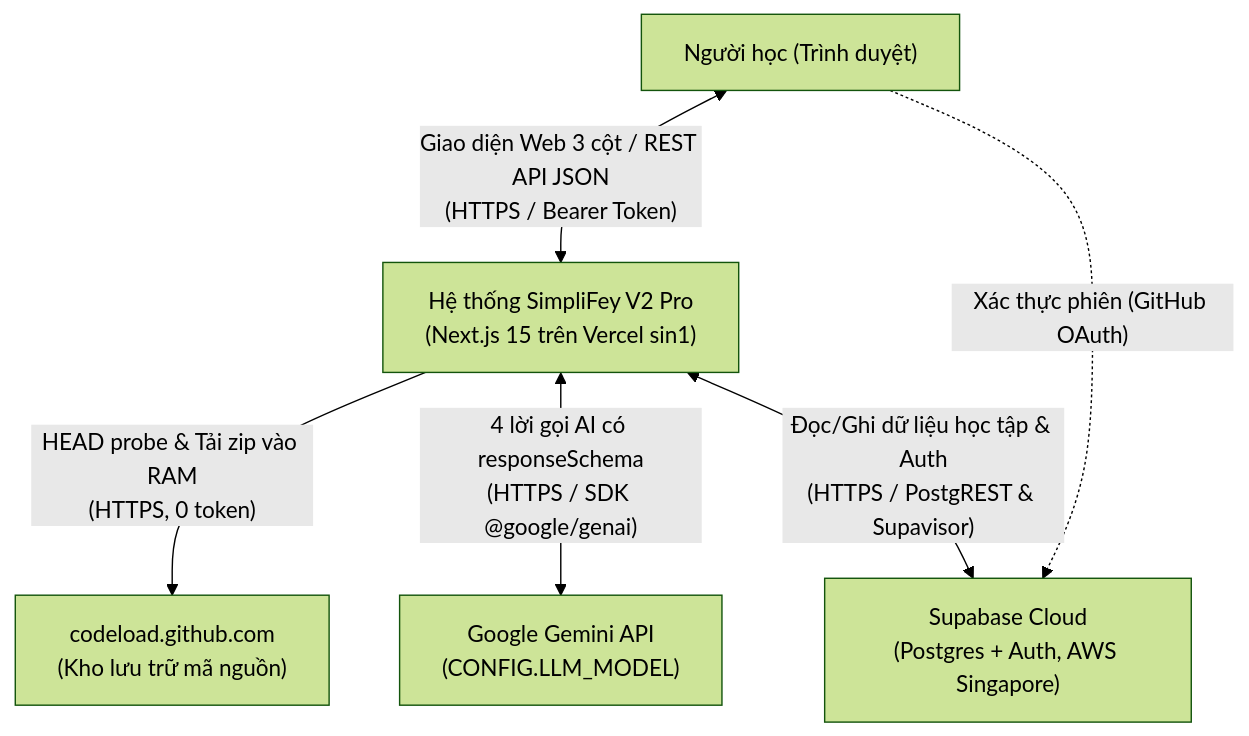
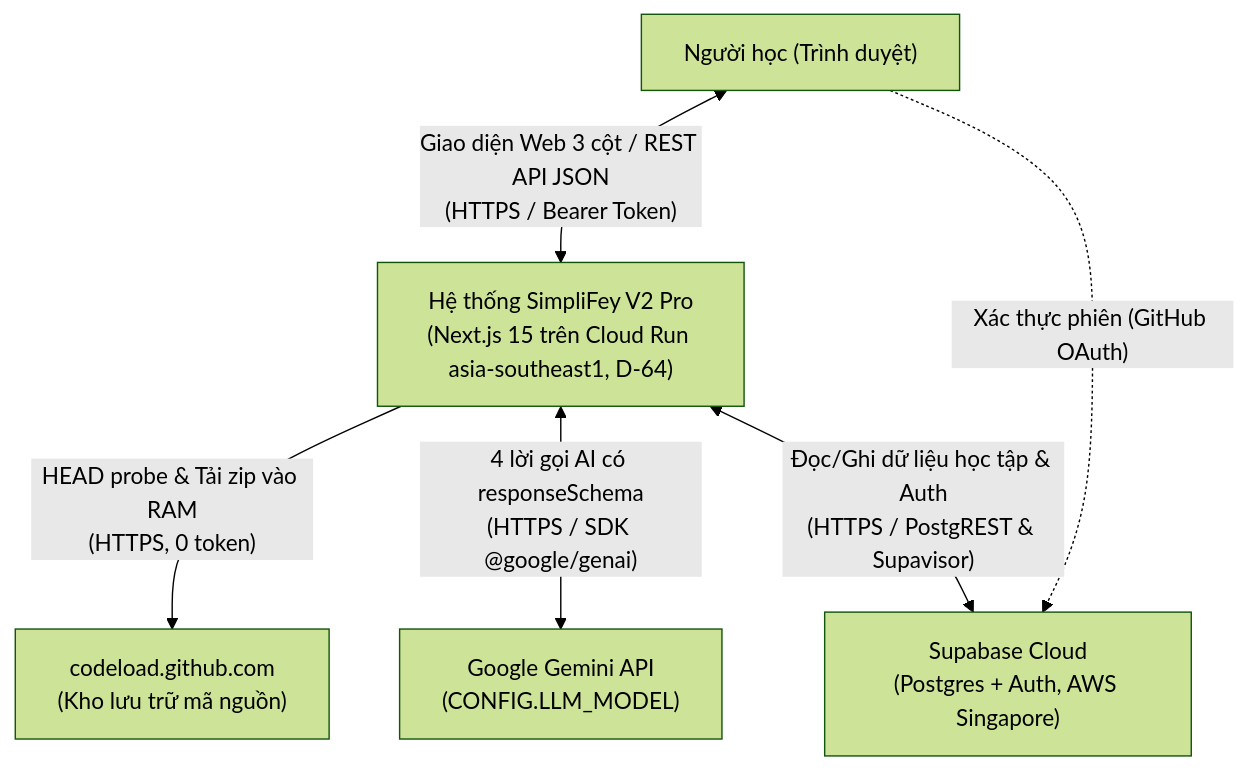
Before and after one commit to huynhthanhnhannnh-pixel/Hackathon_SGU: the first of 7 diagrams in spec/04_KIEN_TRUC_TRIEN_KHAI.md, drawn with Mermaid (forest theme). The commit also changed other lines of this file and 12 other files, not shown here.

Commit message:
docs(spec): D-64, D-66 — Cloud Run làm host chính, Vertex AI, thêm spec/05 hạ tầng cloud

````diff
--- a/spec/04_KIEN_TRUC_TRIEN_KHAI.md
+++ b/spec/04_KIEN_TRUC_TRIEN_KHAI.md
@@ -28,14 +28,14 @@
 ```mermaid
 flowchart TD
     User["Người học (Trình duyệt)"]
-    System["Hệ thống SimpliFey V2 Pro<br/>(Next.js 15 trên Vercel sin1)"]
+    System["Hệ thống SimpliFey V2 Pro<br/>(Next.js 15 trên Cloud Run asia-southeast1, D-64)"]
     GH["codeload.github.com<br/>(Kho lưu trữ mã nguồn)"]
     Gemini["Google Gemini API<br/>(CONFIG.LLM_MODEL)"]
     Supabase["Supabase Cloud<br/>(Postgres + Auth, AWS Singapore)"]
 
     User <-- "Giao diện Web 3 cột / REST API JSON<br/>(HTTPS / Bearer Token)" --> System
     System -- "HEAD probe & Tải zip vào RAM<br/>(HTTPS, 0 token)" --> GH
     System <-- "4 lời gọi AI có responseSchema<br/>(HTTPS / SDK @google/genai)" --> Gemini
     System <-- "Đọc/Ghi dữ liệu học tập & Auth<br/>(HTTPS / PostgREST & Supavisor)" --> Supabase
     User -. "Xác thực phiên (GitHub OAuth)" .-> Supabase
 ```
````
